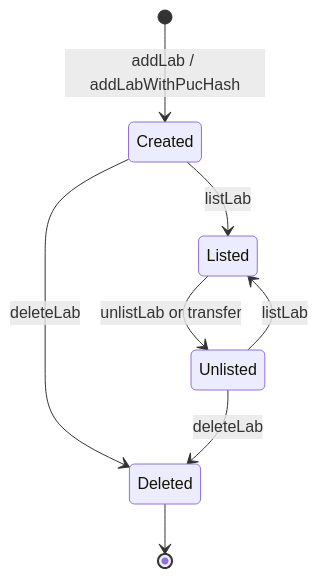
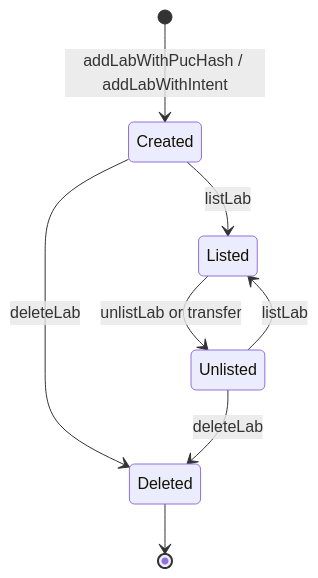
Before and after one commit to DecentraLabsCom/Smart-Contracts: the diagram in docs/labs.md, drawn with Mermaid. The commit also changed other lines of this file and 8 other files, not shown here.

````diff
--- a/docs/labs.md
+++ b/docs/labs.md
@@ -23,10 +23,10 @@
 ```mermaid
 stateDiagram-v2
-    [*] --> Created: addLab / addLabWithPucHash
+    [*] --> Created: addLabWithPucHash / addLabWithIntent
     Created --> Listed: listLab
     Created --> Deleted: deleteLab
     Listed --> Unlisted: unlistLab or transfer
     Unlisted --> Listed: listLab
     Unlisted --> Deleted: deleteLab
     Deleted --> [*]
 ```
````
